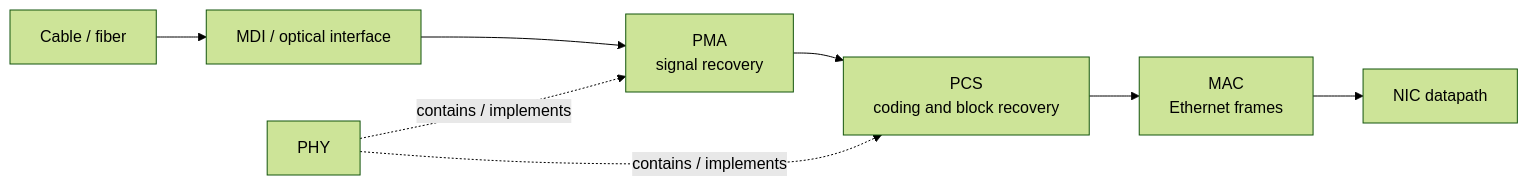
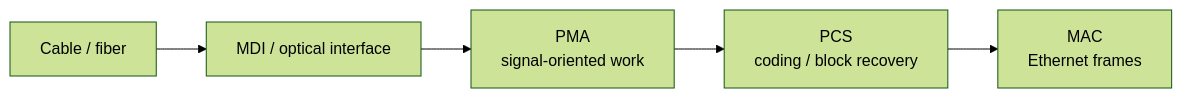
Before and after one commit to spencerbug/spencerbug.github.io: the second of 8 diagrams in courses/nic-firmware/02-ethernet-wire-to-mac.md, drawn with Mermaid (forest theme). The commit also changed other lines of this file, not shown here.

Commit message:
Revise NIC module 2 from learner feedback

````diff
--- a/courses/nic-firmware/02-ethernet-wire-to-mac.md
+++ b/courses/nic-firmware/02-ethernet-wire-to-mac.md
@@ -32,12 +53,7 @@
 ```mermaid
 flowchart LR
     Medium["Cable / fiber"] --> MDI["MDI / optical interface"]
-    MDI --> PMA["PMA<br/>signal recovery"]
-    PMA --> PCS["PCS<br/>coding and block recovery"]
+    MDI --> PMA["PMA<br/>signal-oriented work"]
+    PMA --> PCS["PCS<br/>coding / block recovery"]
     PCS --> MAC["MAC<br/>Ethernet frames"]
-    MAC --> DP["NIC datapath"]
-
-    PHY["PHY"]
-    PHY -. contains / implements .-> PMA
-    PHY -. contains / implements .-> PCS
 ```
````
